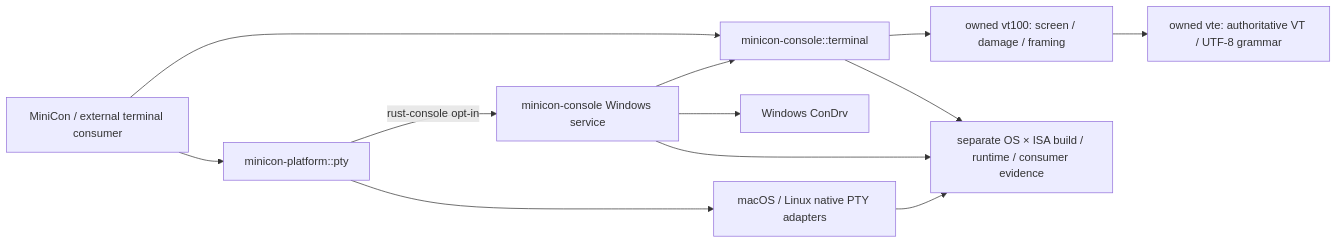
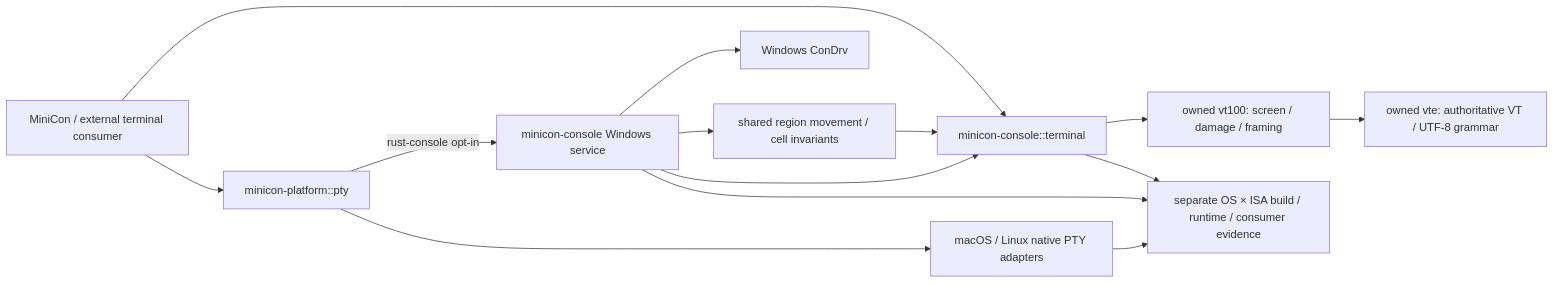
Before and after one commit to partnernetsoftware/minicon: the diagram in prd/PRD_02_35_terminal_library.md, drawn with Mermaid. The commit also changed other lines of this file and 16 other files, not shown here.

````diff
--- a/prd/PRD_02_35_terminal_library.md
+++ b/prd/PRD_02_35_terminal_library.md
@@ -39,12 +44,14 @@
 ```mermaid
 flowchart LR
     APP["MiniCon / external terminal consumer"] --> COMMON["minicon-console::terminal"]
     COMMON --> VT["owned vt100: screen / damage / framing"]
     VT --> VTE["owned vte: authoritative VT / UTF-8 grammar"]
     APP --> PLATFORM["minicon-platform::pty"]
     PLATFORM -->|"rust-console opt-in"| WIN["minicon-console Windows service"]
+    MOVE["shared region movement / cell invariants"] --> COMMON
+    WIN --> MOVE
     WIN --> COMMON
     WIN --> KERNEL["Windows ConDrv"]
     PLATFORM --> POSIX["macOS / Linux native PTY adapters"]
     COMMON & WIN & POSIX --> E["separate OS × ISA build / runtime / consumer evidence"]
 ```
````
